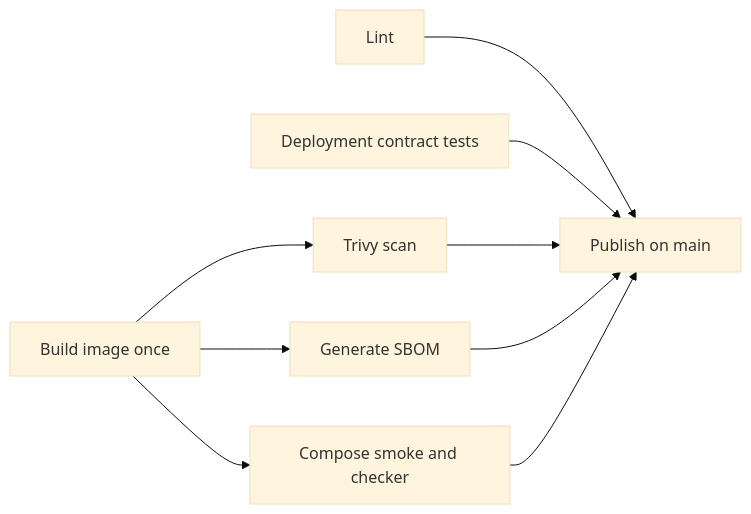
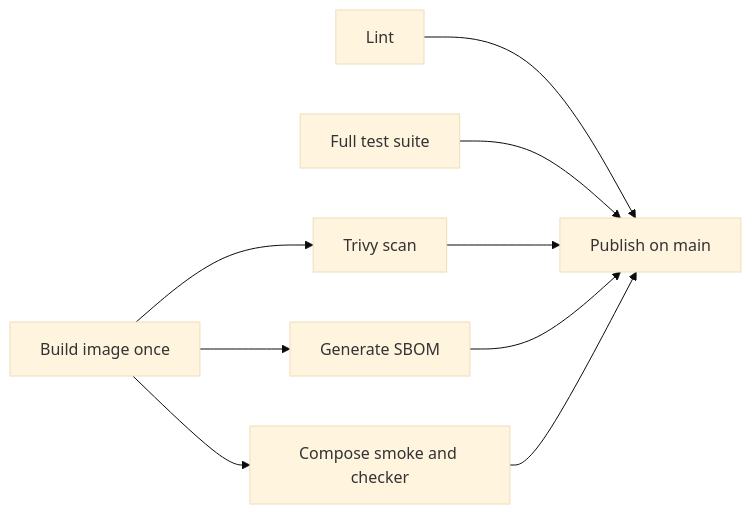
Before and after one commit to Karma-Soliman/fulfillops: the diagram in docs/ci-cd.md, drawn with Mermaid (base theme). The commit also changed other lines of this file and 1 other file, not shown here.

Commit message:
ci: enforce proven public contract checker

````diff
--- a/docs/ci-cd.md
+++ b/docs/ci-cd.md
@@ -6,8 +6,8 @@
 ```mermaid
 flowchart LR
   lint[Lint] --> publish[Publish on main]
-  test[Deployment contract tests] --> publish
+  test[Full test suite] --> publish
   build[Build image once] --> scan[Trivy scan] --> publish
   build --> sbom[Generate SBOM] --> publish
   build --> contract[Compose smoke and checker] --> publish
 ```
````
